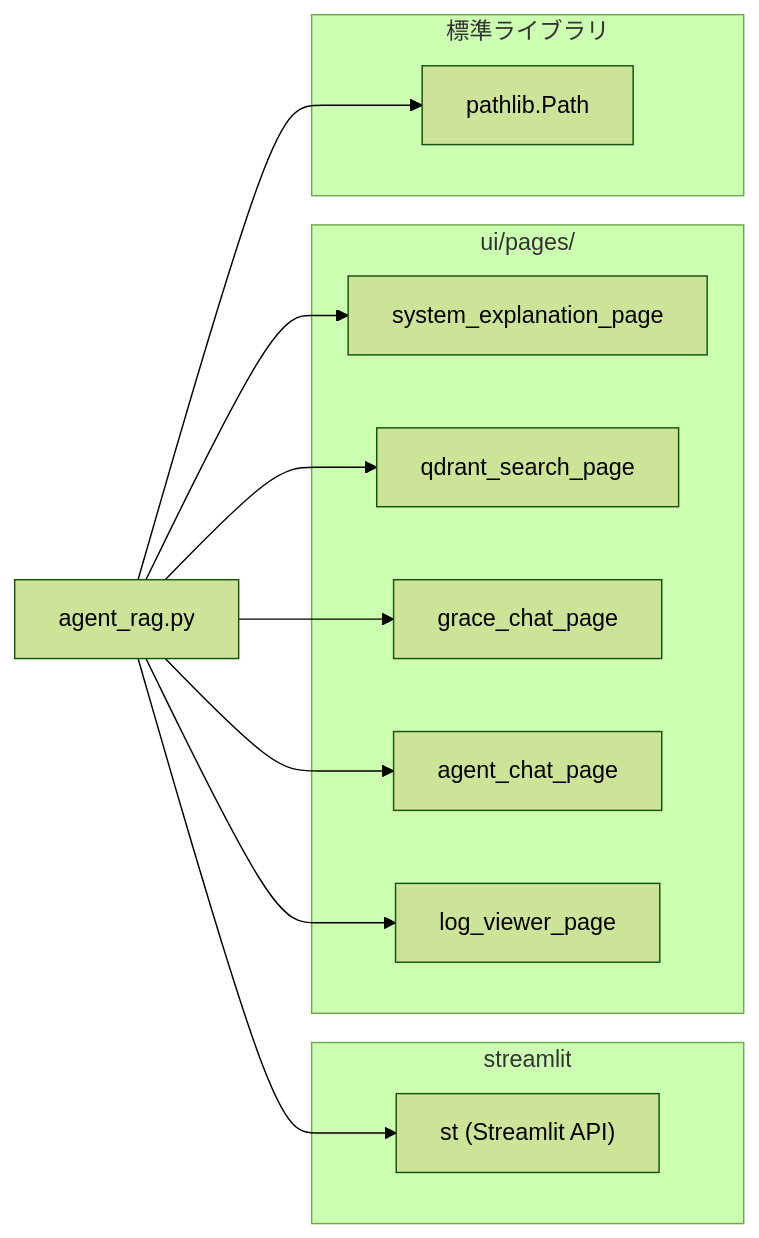
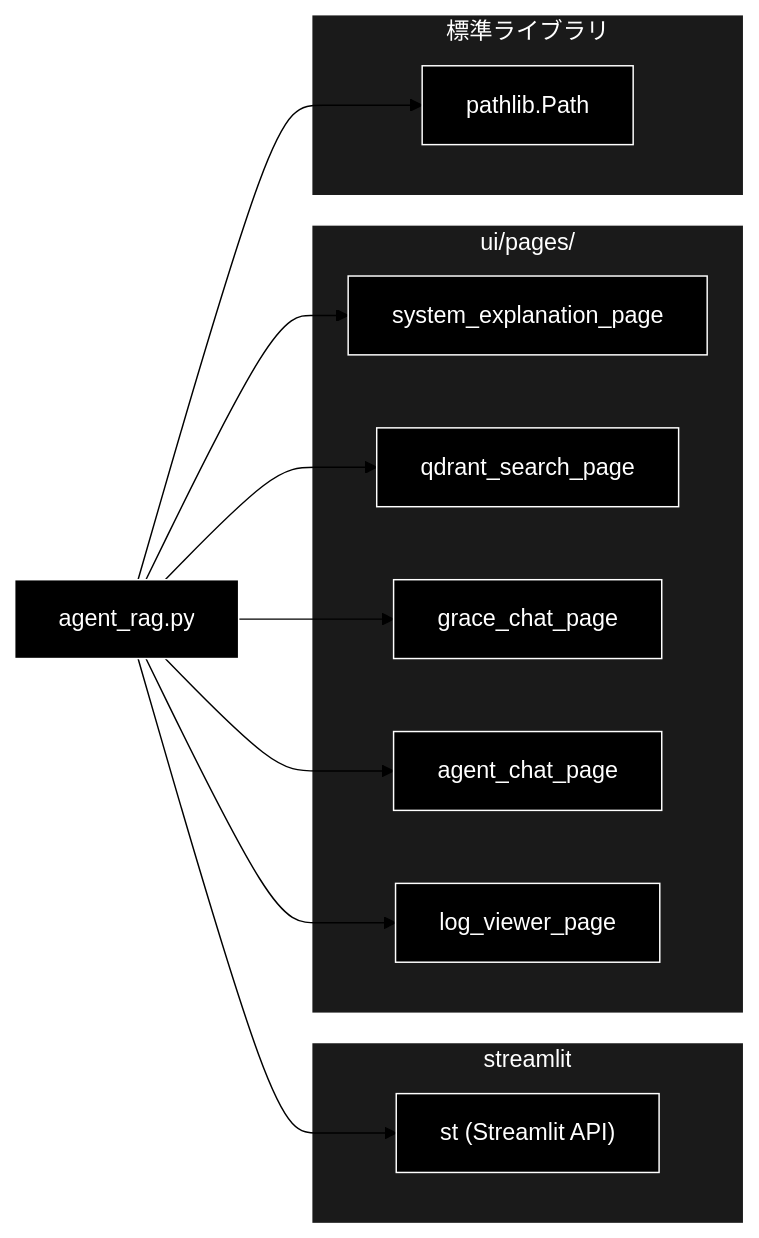
One commit to nakashima2toshio/anthropic_grace_agent_v2 changed the third of 3 diagrams in docs/agent_rag.md. Above: the diagram before and after it, drawn with Mermaid (forest theme). The commit also changed other lines of this file and 18 other files, not shown here.

First line of the commit message:
docs: 最新化・再構築（Anthropic Claude統一・索引整理・Mermaid準拠）

````diff
--- a/docs/agent_rag.md
+++ b/docs/agent_rag.md
@@ -411,28 +428,34 @@
 ```mermaid
 flowchart LR
     AGENT_RAG["agent_rag.py"]
 
     subgraph STREAMLIT_LIB["streamlit"]
         ST["st (Streamlit API)"]
     end
 
     subgraph UI_PAGES["ui/pages/"]
         EXPLAIN["system_explanation_page"]
         SEARCH["qdrant_search_page"]
         GRACE["grace_chat_page"]
         AGENT_CHAT["agent_chat_page"]
         LOG_VIEW["log_viewer_page"]
     end
 
     subgraph STDLIB["標準ライブラリ"]
         PATHLIB["pathlib.Path"]
     end
 
     AGENT_RAG --> ST
     AGENT_RAG --> EXPLAIN
     AGENT_RAG --> SEARCH
     AGENT_RAG --> GRACE
     AGENT_RAG --> AGENT_CHAT
     AGENT_RAG --> LOG_VIEW
     AGENT_RAG --> PATHLIB
+classDef default fill:#000,stroke:#fff,color:#fff
+classDef subgraphStyle fill:#1a1a1a,stroke:#fff,color:#fff
+class AGENT_RAG,ST,EXPLAIN,SEARCH,GRACE,AGENT_CHAT,LOG_VIEW,PATHLIB default
+style STREAMLIT_LIB fill:#1a1a1a,stroke:#fff,color:#fff
+style UI_PAGES fill:#1a1a1a,stroke:#fff,color:#fff
+style STDLIB fill:#1a1a1a,stroke:#fff,color:#fff
 ```
````
